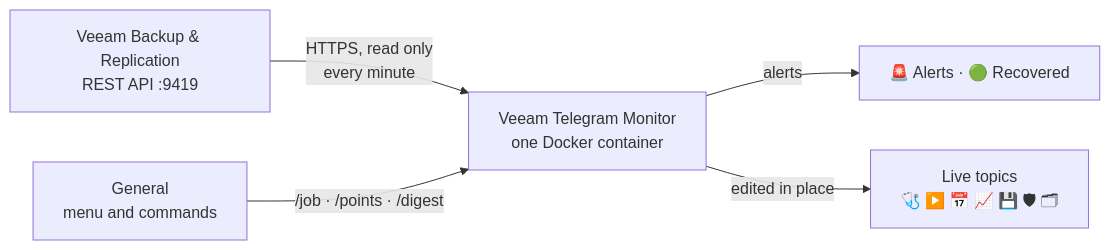
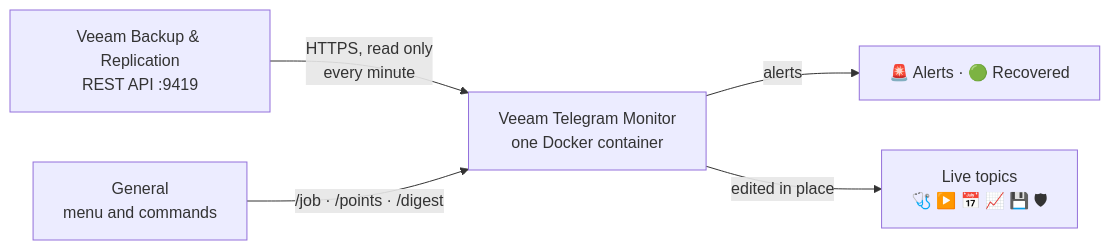
The diagram in README.md (MuratFaizulla/veeam-monit), drawn with Mermaid before and after one commit. The commit also changed other lines of this file and 19 other files, not shown here.

````diff
--- a/README.md
+++ b/README.md
@@ -69,7 +69,7 @@
 ```mermaid
 flowchart LR
     V["Veeam Backup & Replication<br/>REST API :9419"] -- "HTTPS, read only<br/>every minute" --> B["Veeam Telegram Monitor<br/>one Docker container"]
     B -- "alerts" --> A["🚨 Alerts · 🟢 Recovered"]
-    B -- "edited in place" --> L["Live topics<br/>🩺 ▶️ 📅 📈 💾 🛡 🗂"]
+    B -- "edited in place" --> L["Live topics<br/>🩺 ▶️ 📅 📈 💾 🛡"]
     G["General<br/>menu and commands"] -- "/job · /points · /digest" --> B
 ```
````
